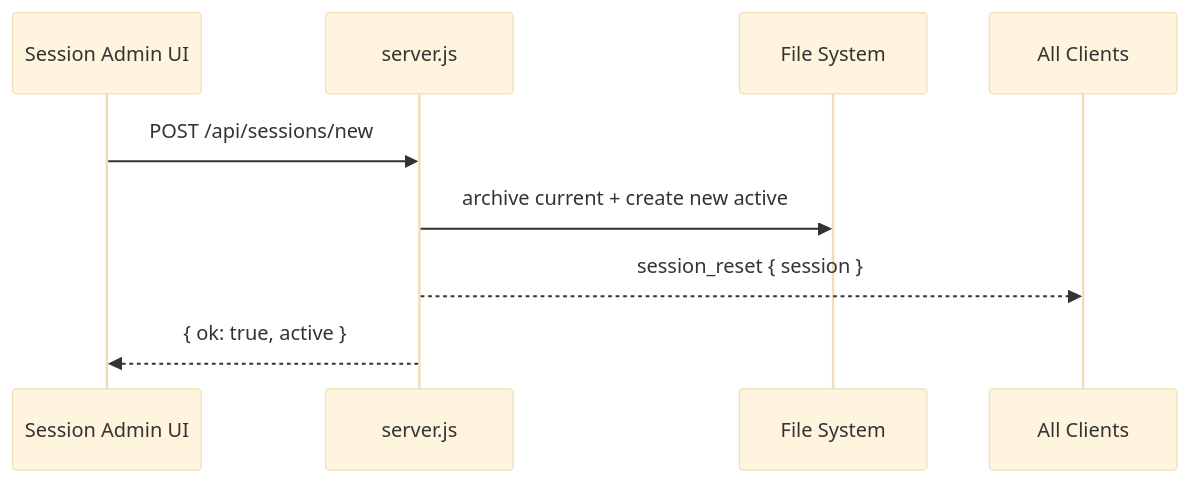
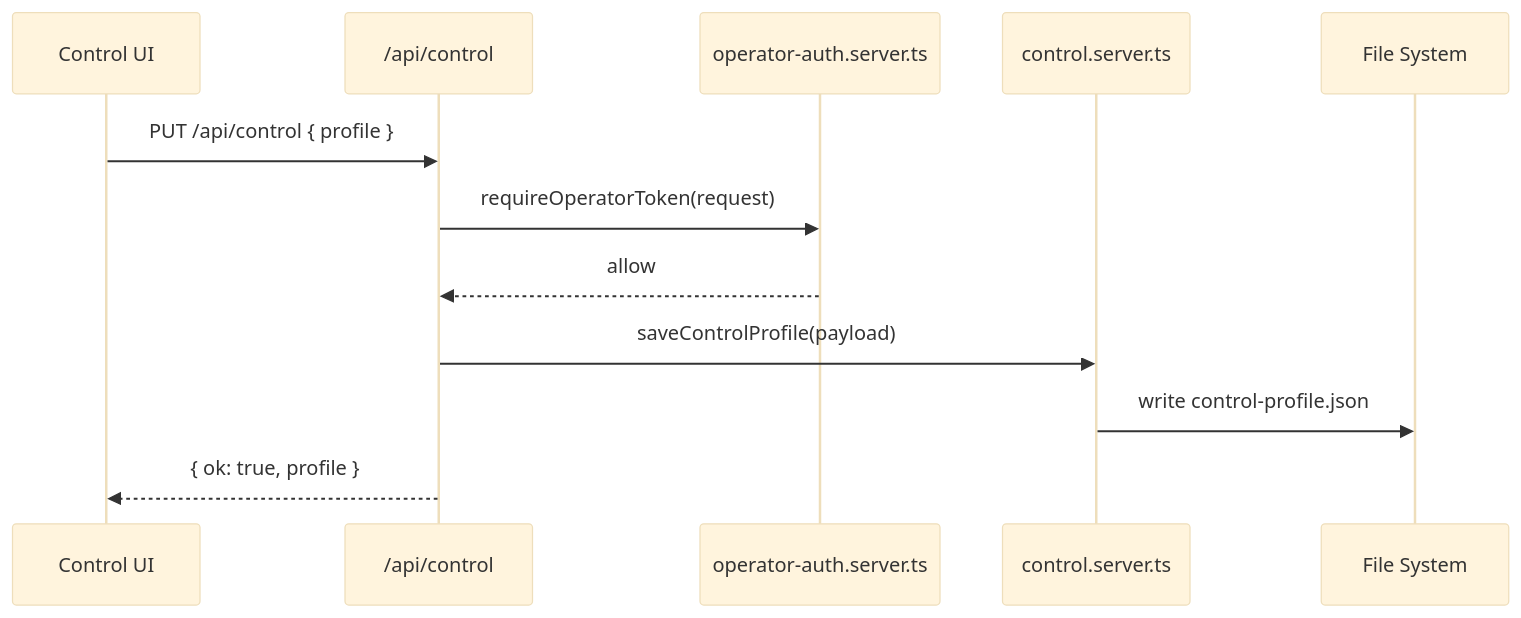
One commit to snowfallsout/colorfield changed diagram 12 of 12 in devnotes/ARCHITECTURE.md. Above: the diagram before and after it, drawn with Mermaid (base theme). The commit also changed other lines of this file and 1 other file, not shown here.

````diff
--- a/devnotes/ARCHITECTURE.md
+++ b/devnotes/ARCHITECTURE.md
@@ -611,12 +939,15 @@
 ```mermaid
 sequenceDiagram
-  participant Admin as Session Admin UI
-  participant Server as server.js
+  participant Admin as Control UI
+  participant API as /api/control
+  participant Auth as operator-auth.server.ts
+  participant Server as control.server.ts
   participant FS as File System
-  participant Clients as All Clients
 
-  Admin->>Server: POST /api/sessions/new
-  Server->>FS: archive current + create new active
-  Server-->>Clients: session_reset { session }
-  Server-->>Admin: { ok: true, active }
+  Admin->>API: PUT /api/control { profile }
+  API->>Auth: requireOperatorToken(request)
+  Auth-->>API: allow
+  API->>Server: saveControlProfile(payload)
+  Server->>FS: write control-profile.json
+  API-->>Admin: { ok: true, profile }
 ```
````
